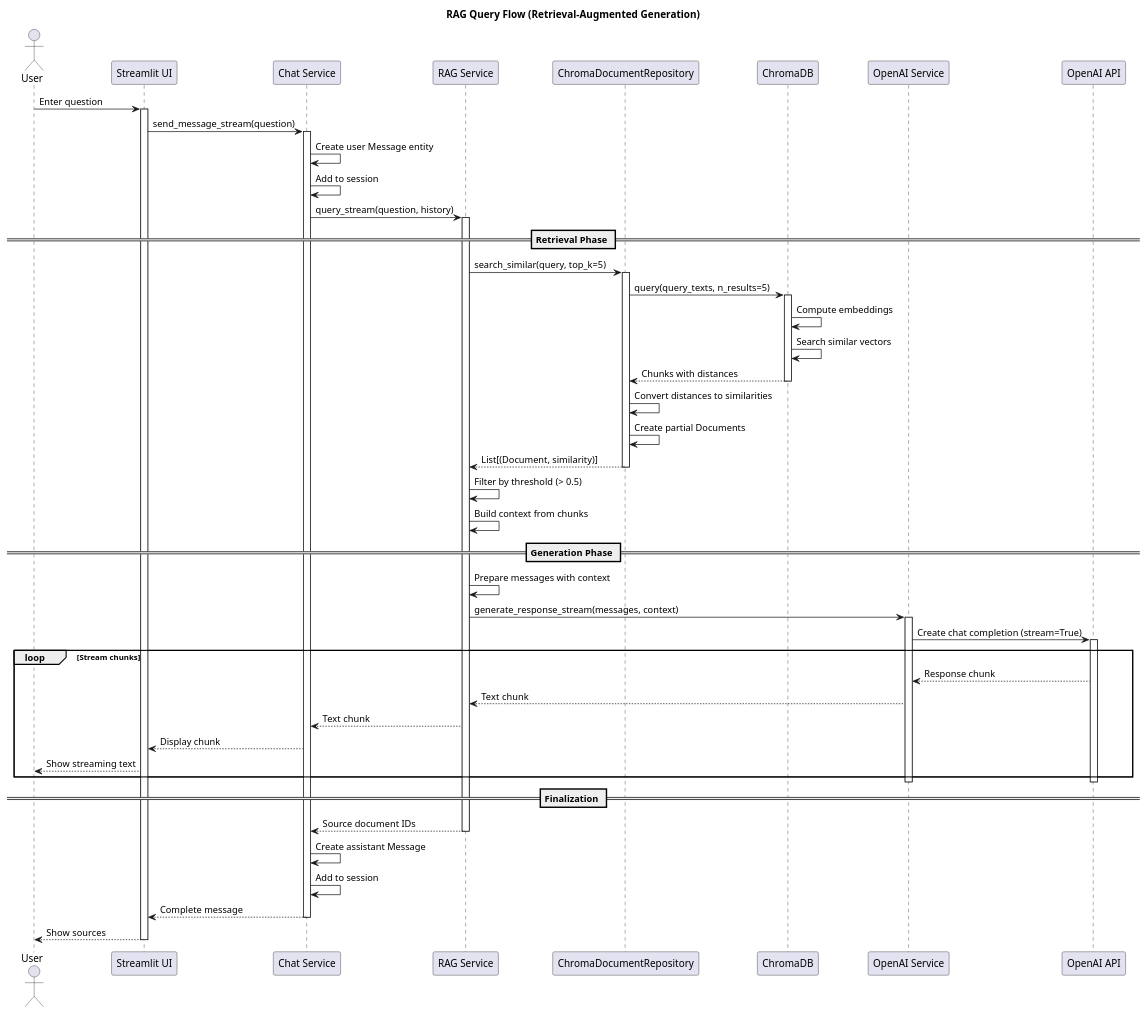
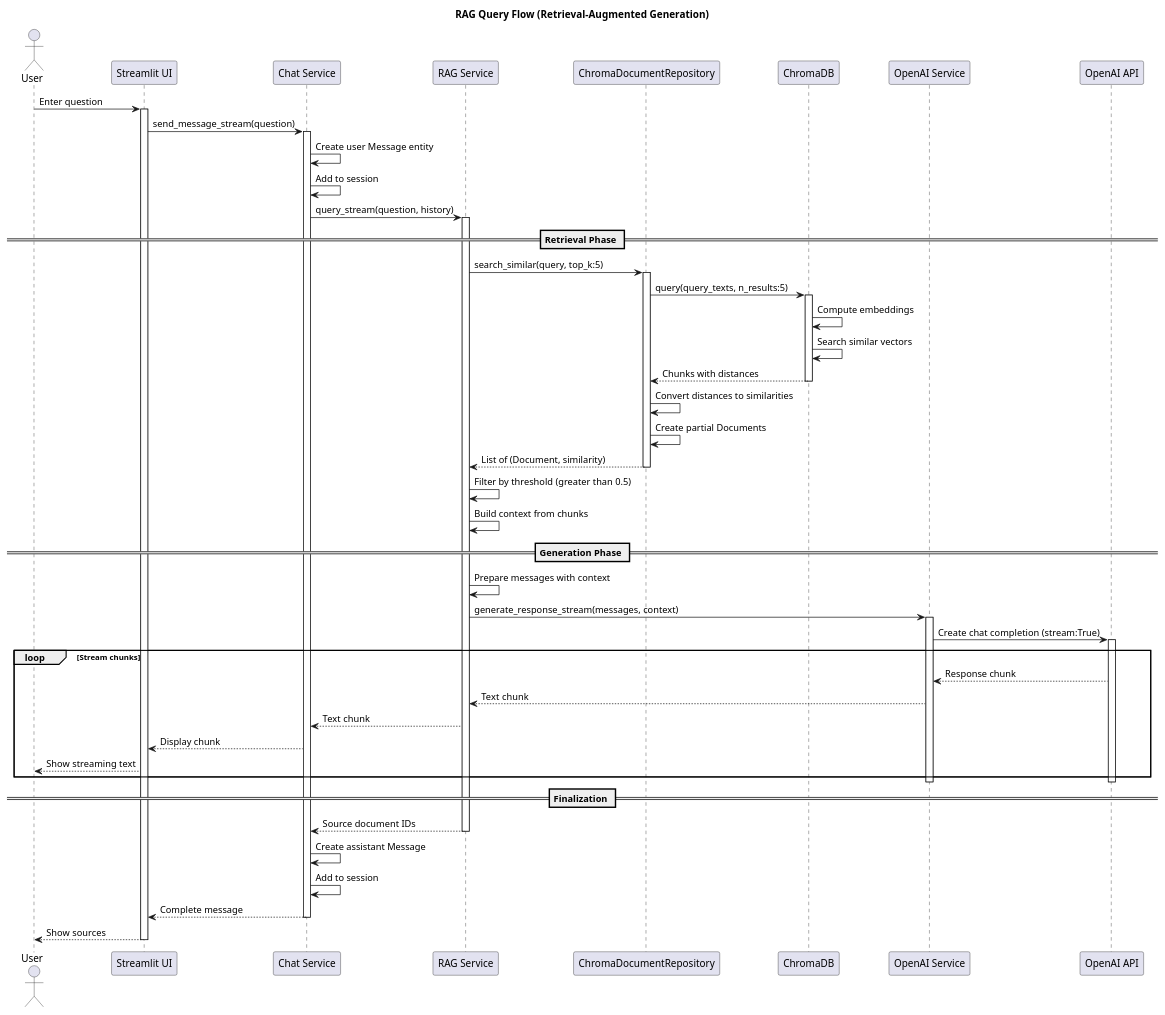
The diagram in docs/architecture/sequence_rag_query.puml (aselai-cpu/RAG), drawn with PlantUML before and after one commit. The commit also changed 18 other files, not shown here.

```diff
--- a/docs/architecture/sequence_rag_query.puml
+++ b/docs/architecture/sequence_rag_query.puml
@@ -1,79 +1,79 @@
-@startuml RAG Query Sequence
+@startuml
 
 title RAG Query Flow (Retrieval-Augmented Generation)
 
 actor User
 participant "Streamlit UI" as UI
 participant "Chat Service" as Chat
 participant "RAG Service" as RAG
 participant "ChromaDocumentRepository" as Repo
 participant "ChromaDB" as Chroma
 participant "OpenAI Service" as OpenAI
 participant "OpenAI API" as API
 
 User -> UI: Enter question
 activate UI
 
 UI -> Chat: send_message_stream(question)
 activate Chat
 
 Chat -> Chat: Create user Message entity
 Chat -> Chat: Add to session
 
 Chat -> RAG: query_stream(question, history)
 activate RAG
 
 == Retrieval Phase ==
 
-RAG -> Repo: search_similar(query, top_k=5)
+RAG -> Repo: search_similar(query, top_k:5)
 activate Repo
 
-Repo -> Chroma: query(query_texts, n_results=5)
+Repo -> Chroma: query(query_texts, n_results:5)
 activate Chroma
 Chroma -> Chroma: Compute embeddings
 Chroma -> Chroma: Search similar vectors
 Chroma --> Repo: Chunks with distances
 deactivate Chroma
 
 Repo -> Repo: Convert distances to similarities
 Repo -> Repo: Create partial Documents
-Repo --> RAG: List[(Document, similarity)]
+Repo --> RAG: List of (Document, similarity)
 deactivate Repo
 
-RAG -> RAG: Filter by threshold (> 0.5)
+RAG -> RAG: Filter by threshold (greater than 0.5)
 RAG -> RAG: Build context from chunks
 
 == Generation Phase ==
 
 RAG -> RAG: Prepare messages with context
 RAG -> OpenAI: generate_response_stream(messages, context)
 activate OpenAI
 
-OpenAI -> API: Create chat completion (stream=True)
+OpenAI -> API: Create chat completion (stream:True)
 activate API
 
 loop Stream chunks
     API --> OpenAI: Response chunk
     OpenAI --> RAG: Text chunk
     RAG --> Chat: Text chunk
     Chat --> UI: Display chunk
     UI --> User: Show streaming text
 end
 
 deactivate API
 deactivate OpenAI
 
 == Finalization ==
 
 RAG --> Chat: Source document IDs
 deactivate RAG
 
 Chat -> Chat: Create assistant Message
 Chat -> Chat: Add to session
 Chat --> UI: Complete message
 deactivate Chat
 
 UI --> User: Show sources
 deactivate UI
 
 @enduml
```
